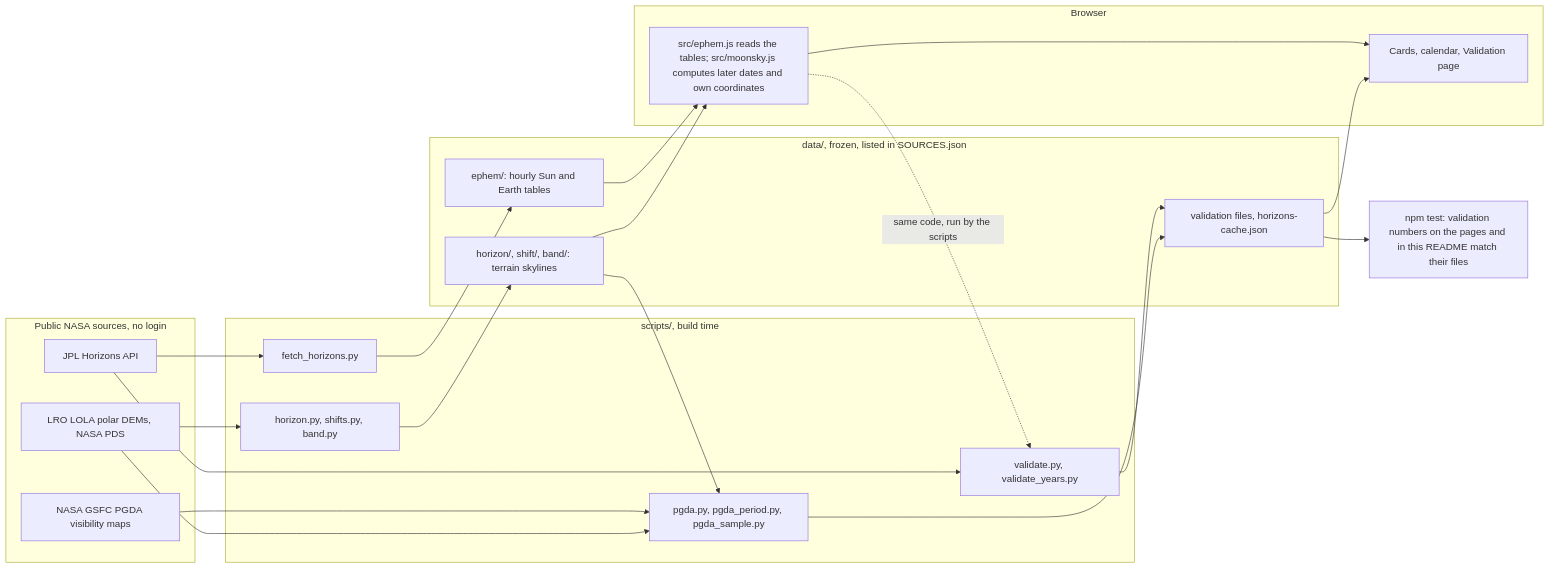
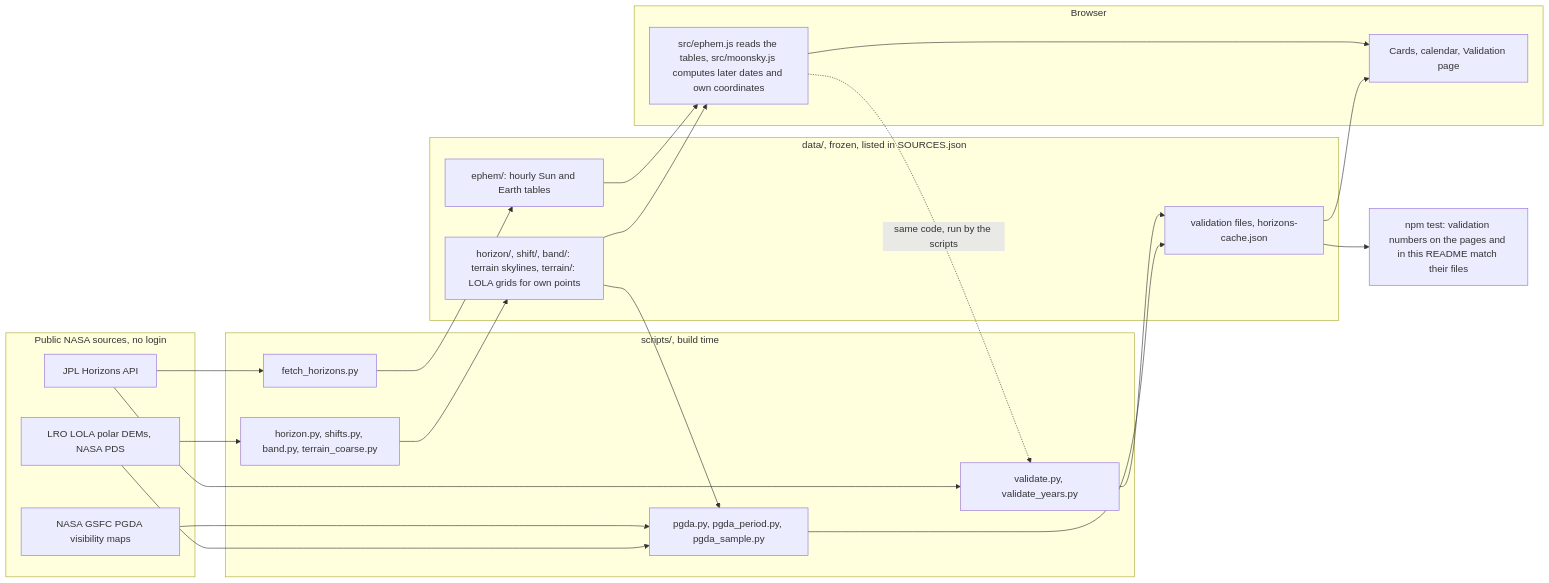
Before and after one commit to aimanmalib/spaceapps26: the diagram in README.md, drawn with Mermaid. The commit also changed other lines of this file, not shown here.

Commit message:
README: Lighthouse scores measured again on the merged build (two runs: Compare 54 and 60, Overview 98 and 96; accessibility 100 and 96, best practices and SEO 100) and the flow diagram names the LOLA grids for own points

````diff
--- a/README.md
+++ b/README.md
@@ -74,36 +74,36 @@
 ```mermaid
 flowchart LR
   subgraph NASA["Public NASA sources, no login"]
     H["JPL Horizons API"]
     L["LRO LOLA polar DEMs, NASA PDS"]
     P["NASA GSFC PGDA visibility maps"]
   end
   subgraph S["scripts/, build time"]
     F["fetch_horizons.py"]
-    Z["horizon.py, shifts.py, band.py"]
+    Z["horizon.py, shifts.py, band.py, terrain_coarse.py"]
     V["validate.py, validate_years.py"]
     G["pgda.py, pgda_period.py, pgda_sample.py"]
   end
   subgraph D["data/, frozen, listed in SOURCES.json"]
     E["ephem/: hourly Sun and Earth tables"]
-    K["horizon/, shift/, band/: terrain skylines"]
+    K["horizon/, shift/, band/: terrain skylines, terrain/: LOLA grids for own points"]
     R["validation files, horizons-cache.json"]
   end
   subgraph B["Browser"]
-    W["src/ephem.js reads the tables; src/moonsky.js computes later dates and own coordinates"]
+    W["src/ephem.js reads the tables, src/moonsky.js computes later dates and own coordinates"]
     U["Cards, calendar, Validation page"]
   end
   H --> F --> E
   L --> Z --> K
   H --> V
   W -.->|same code, run by the scripts| V
   V --> R
   P --> G --> R
   L --> G
   K --> G
   E --> W
   K --> W
   W --> U
   R --> U
   R --> T["npm test: validation numbers on the pages and in this README match their files"]
 ```
````
